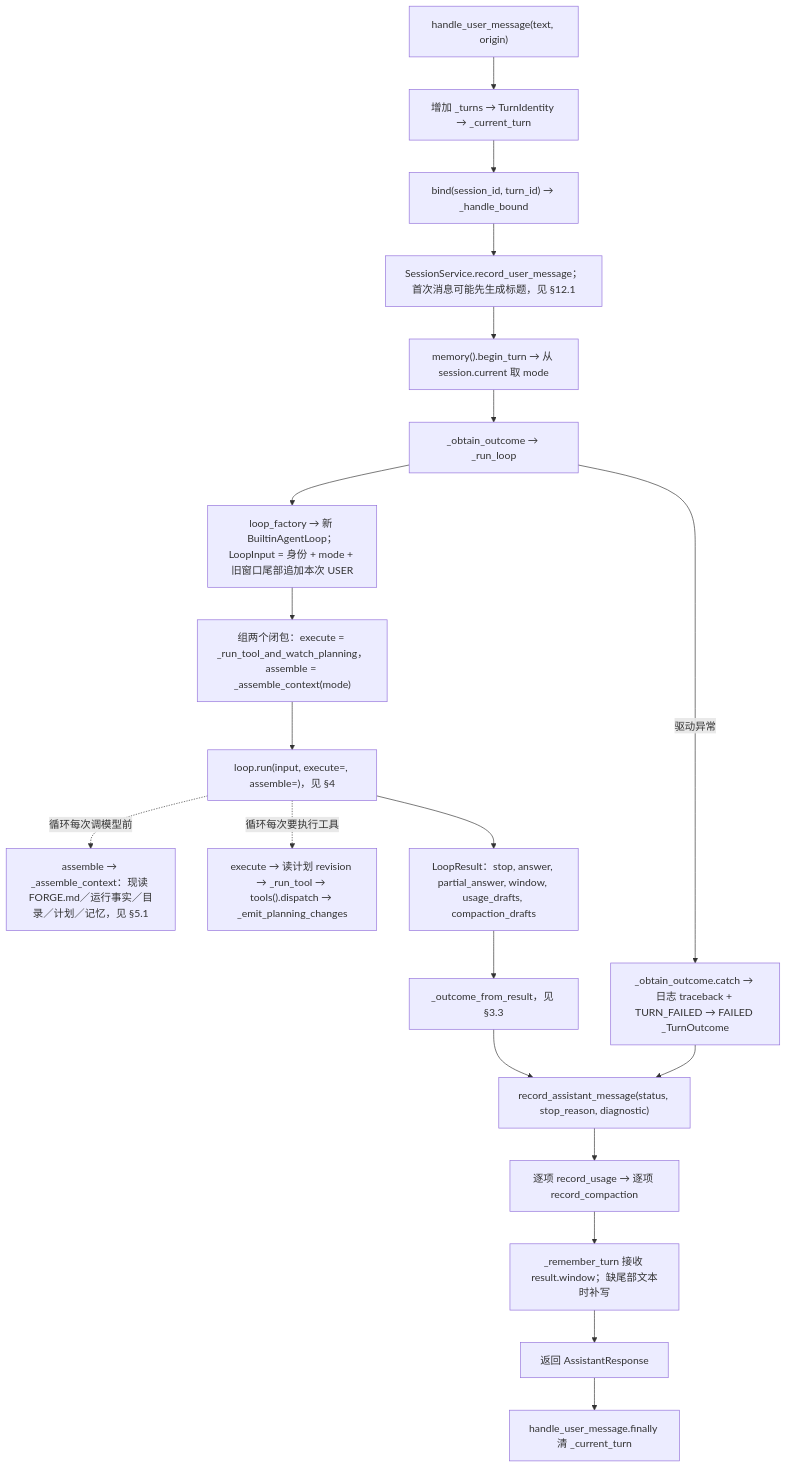
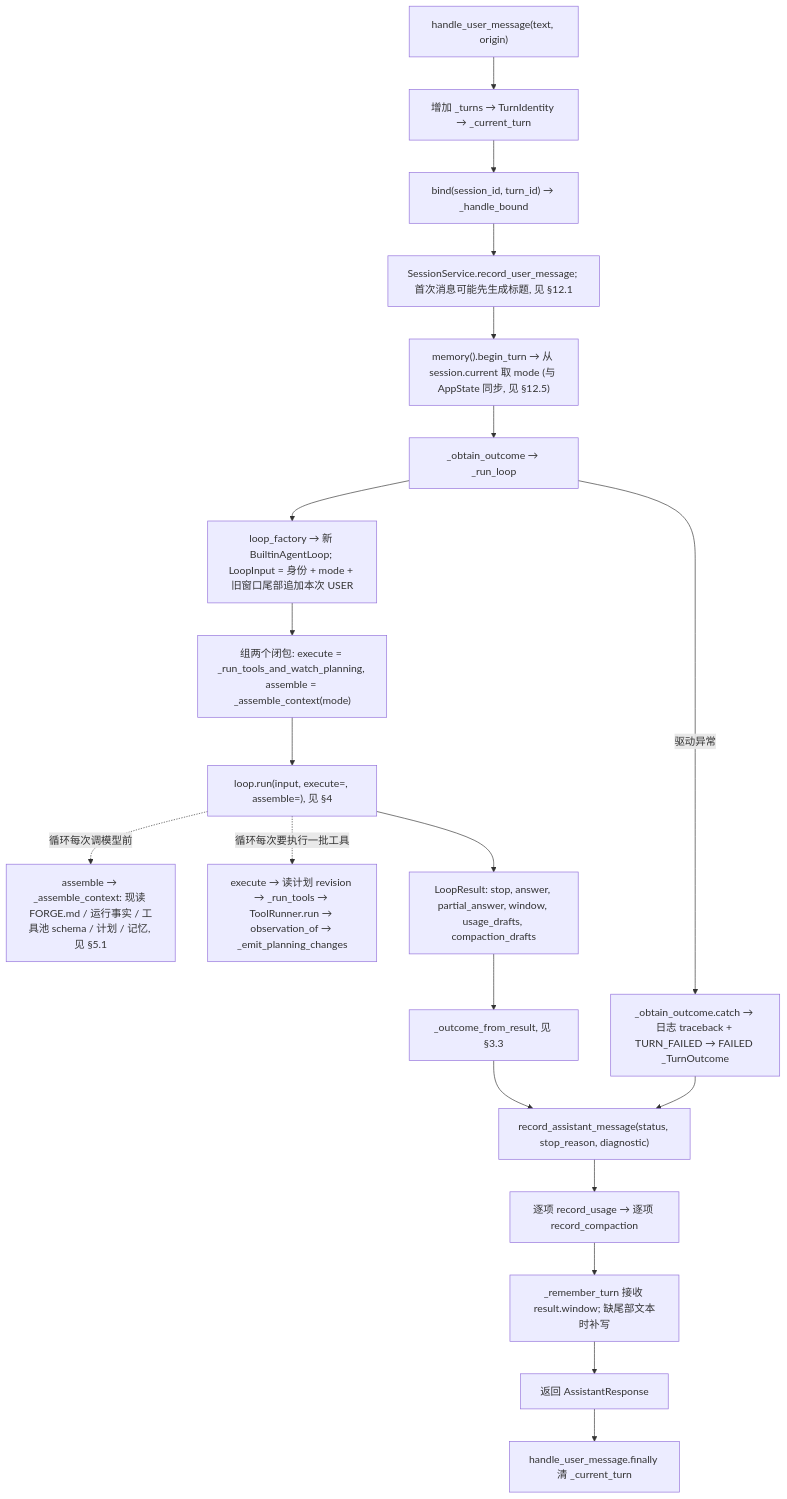
Before and after one commit to qubaolai/ForgeCLI: the eighth of 50 diagrams in docs/06-代码阅读线路.md, drawn with Mermaid. The commit also changed other lines of this file and 292 other files, not shown here.

````diff
--- a/docs/06-代码阅读线路.md
+++ b/docs/06-代码阅读线路.md
@@ -373,22 +397,22 @@
 ```mermaid
 flowchart TD
     A["handle_user_message(text, origin)"] --> B["增加 _turns → TurnIdentity → _current_turn"]
     B --> C["bind(session_id, turn_id) → _handle_bound"]
-    C --> D["SessionService.record_user_message；首次消息可能先生成标题，见 §12.1"]
-    D --> E["memory().begin_turn → 从 session.current 取 mode"]
+    C --> D["SessionService.record_user_message; 首次消息可能先生成标题, 见 §12.1"]
+    D --> E["memory().begin_turn → 从 session.current 取 mode (与 AppState 同步, 见 §12.5)"]
     E --> F["_obtain_outcome → _run_loop"]
-    F --> G["loop_factory → 新 BuiltinAgentLoop；LoopInput = 身份 + mode + 旧窗口尾部追加本次 USER"]
-    G --> H["组两个闭包：execute = _run_tool_and_watch_planning，assemble = _assemble_context(mode)"]
-    H --> I["loop.run(input, execute=, assemble=)，见 §4"]
-    I -.->|循环每次调模型前| J["assemble → _assemble_context：现读 FORGE.md／运行事实／目录／计划／记忆，见 §5.1"]
-    I -.->|循环每次要执行工具| K["execute → 读计划 revision → _run_tool → tools().dispatch → _emit_planning_changes"]
-    I --> L["LoopResult：stop, answer, partial_answer, window, usage_drafts, compaction_drafts"]
-    L --> M["_outcome_from_result，见 §3.3"]
+    F --> G["loop_factory → 新 BuiltinAgentLoop; LoopInput = 身份 + mode + 旧窗口尾部追加本次 USER"]
+    G --> H["组两个闭包: execute = _run_tools_and_watch_planning, assemble = _assemble_context(mode)"]
+    H --> I["loop.run(input, execute=, assemble=), 见 §4"]
+    I -.->|循环每次调模型前| J["assemble → _assemble_context: 现读 FORGE.md / 运行事实 / 工具池 schema / 计划 / 记忆, 见 §5.1"]
+    I -.->|循环每次要执行一批工具| K["execute → 读计划 revision → _run_tools → ToolRunner.run → observation_of → _emit_planning_changes"]
+    I --> L["LoopResult: stop, answer, partial_answer, window, usage_drafts, compaction_drafts"]
+    L --> M["_outcome_from_result, 见 §3.3"]
     F -->|驱动异常| N["_obtain_outcome.catch → 日志 traceback + TURN_FAILED → FAILED _TurnOutcome"]
     M --> O["record_assistant_message(status, stop_reason, diagnostic)"]
     N --> O
     O --> P["逐项 record_usage → 逐项 record_compaction"]
-    P --> Q["_remember_turn 接收 result.window；缺尾部文本时补写"]
+    P --> Q["_remember_turn 接收 result.window; 缺尾部文本时补写"]
     Q --> R["返回 AssistantResponse"]
     R --> S["handle_user_message.finally 清 _current_turn"]
 ```
````
